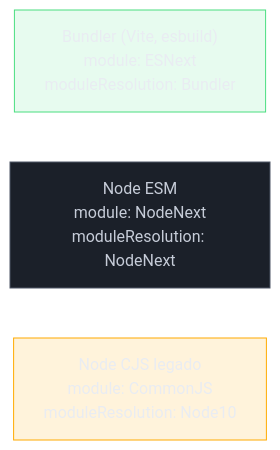
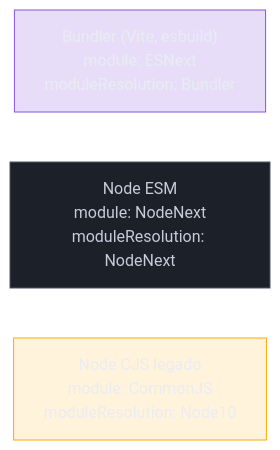
The fifth of 5 diagrams in 03-Dominios/Tecnologia/TypeScript/20 - tsconfig e strict mode a fundo.md (josenaldo/codex-technomanticus), drawn with Mermaid before and after one commit. The commit also changed other lines of this file and 601 other files, not shown here.

````diff
--- a/03-Dominios/Tecnologia/TypeScript/20 - tsconfig e strict mode a fundo.md
+++ b/03-Dominios/Tecnologia/TypeScript/20 - tsconfig e strict mode a fundo.md
@@ -469,13 +469,13 @@
 ```mermaid
 graph LR
-    classDef ok fill:#4ADE8021,stroke:#4ADE80,color:#E9ECF2
+    classDef marca fill:#8855DF33,stroke:#8855DF,color:#E9ECF2
     classDef neutro fill:#1B2029,stroke:#4E5666,color:#C6CCD8
     classDef destaque fill:#FFAA0024,stroke:#FFAA00,color:#E9ECF2
     C1["Bundler (Vite, esbuild)\nmodule: ESNext\nmoduleResolution: Bundler"]
     C2["Node ESM\nmodule: NodeNext\nmoduleResolution: NodeNext"]
     C3["Node CJS legado\nmodule: CommonJS\nmoduleResolution: Node10"]
 
-    class C1 ok
+    class C1 marca
     class C2 neutro
     class C3 destaque
 ```
````
